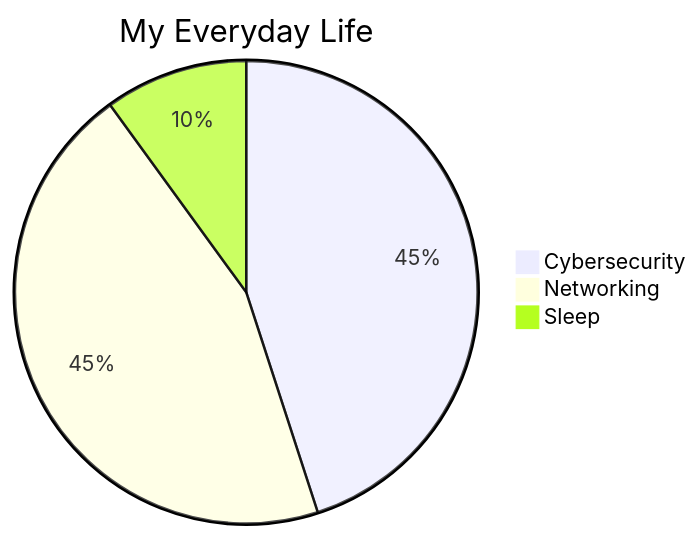
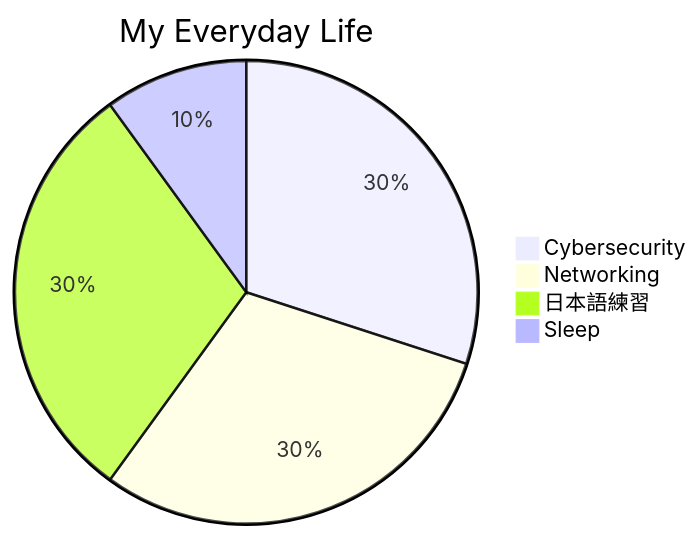
The first of 3 diagrams in IT/IT - Linux/Diagrams.md (dandeviant/INFINEON), drawn with Mermaid before and after one commit. The commit also changed 2 other files, not shown here.

Commit message:
vault backup: 2024-03-04 16:29:33

````diff
--- a/IT/IT - Linux/Diagrams.md
+++ b/IT/IT - Linux/Diagrams.md
@@ -7,6 +7,7 @@
 ```mermaid
 pie title My Everyday Life
-"Cybersecurity": 45
-"Networking": 45
+"Cybersecurity": 30
+"Networking": 30
+"日本語練習": 30
 "Sleep": 10
 ```
````
